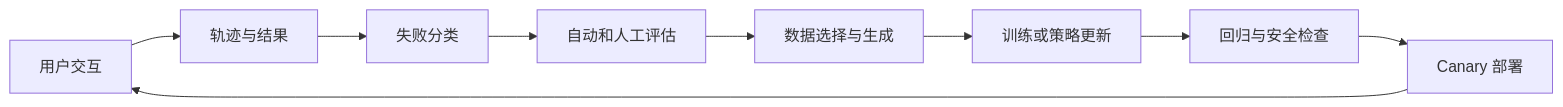
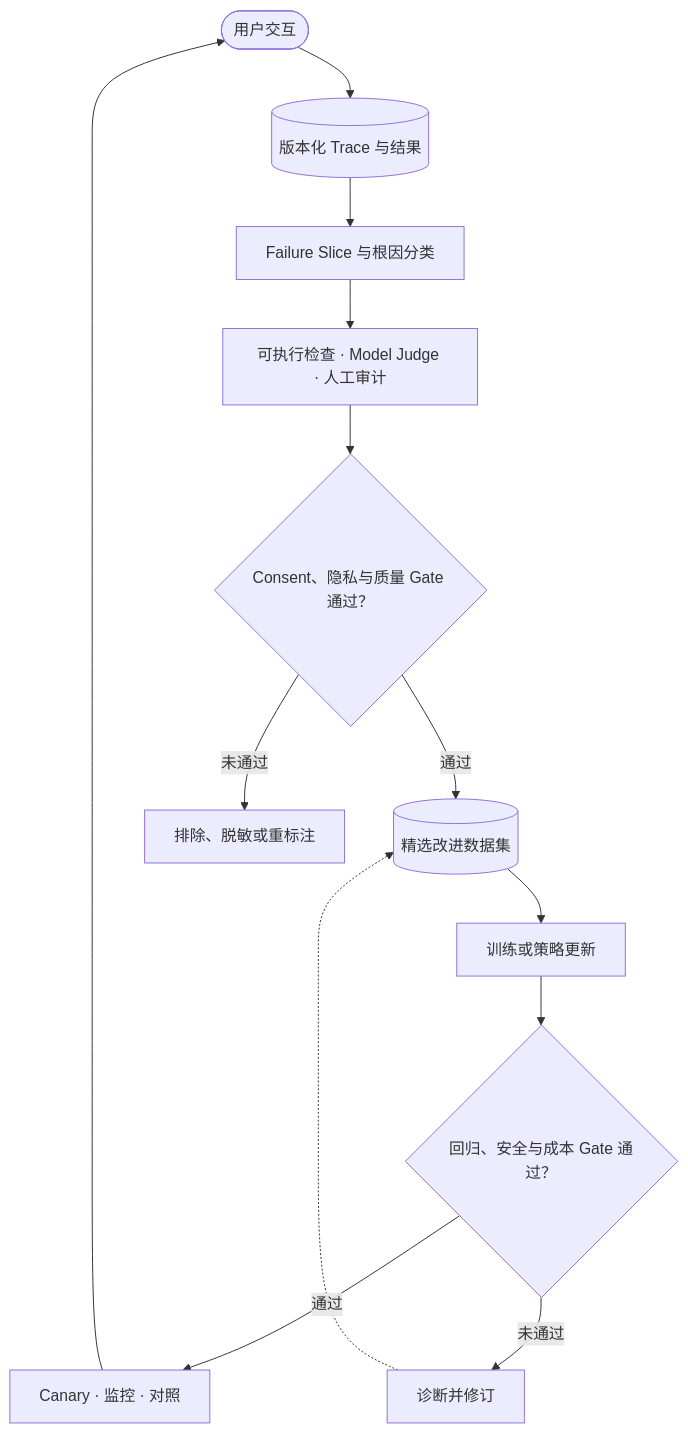
Before and after one commit to tianyi-zhang-02/cooking-agi: the diagram in ai-infra/modules/07-data-eval-learning-loop.md, drawn with Mermaid. The commit also changed 18 other files, not shown here.

Commit message:
redesign the guide diagrams

````diff
--- a/ai-infra/modules/07-data-eval-learning-loop.md
+++ b/ai-infra/modules/07-data-eval-learning-loop.md
@@ -23,11 +23,19 @@
 ```mermaid
-flowchart LR
-    A[用户交互] --> B[轨迹与结果]
-    B --> C[失败分类]
-    C --> D[自动和人工评估]
-    D --> E[数据选择与生成]
-    E --> F[训练或策略更新]
-    F --> G[回归与安全检查]
-    G --> H[Canary 部署]
-    H --> A
+flowchart TB
+    A(["用户交互"])
+    B[("版本化 Trace 与结果")]
+    C["Failure Slice 与根因分类"]
+    D["可执行检查 · Model Judge · 人工审计"]
+    P{"Consent、隐私与质量 Gate 通过？"}
+    E[("精选改进数据集")]
+    F["训练或策略更新"]
+    G{"回归、安全与成本 Gate 通过？"}
+    H["Canary · 监控 · 对照"]
+
+    A --> B --> C --> D --> P
+    P -- "通过" --> E --> F --> G
+    P -- "未通过" --> X["排除、脱敏或重标注"]
+    G -- "通过" --> H --> A
+    G -- "未通过" --> Y["诊断并修订"]
+    Y -.-> E
 ```
````
